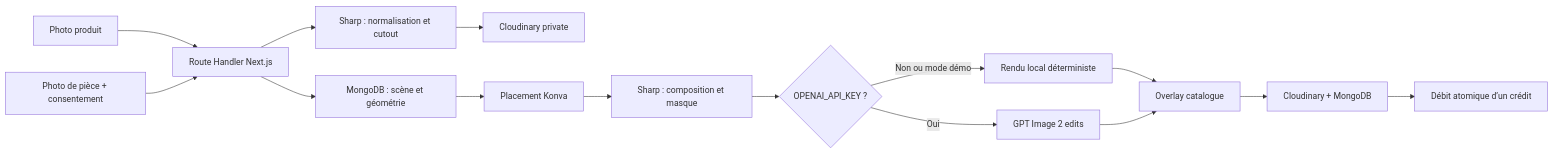
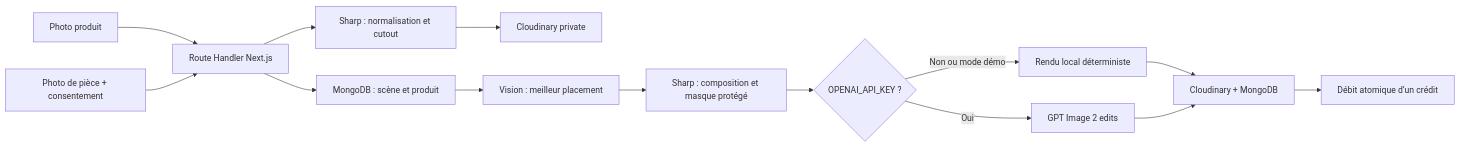
One commit to GameNotCreator/lilidecoai changed the diagram in docs/architecture.md. Above: the diagram before and after it, drawn with Mermaid. The commit also changed other lines of this file and 20 other files, not shown here.

````diff
--- a/docs/architecture.md
+++ b/docs/architecture.md
@@ -19,17 +20,16 @@
 ```mermaid
 flowchart LR
     A["Photo produit"] --> B["Route Handler Next.js"]
     B --> C["Sharp : normalisation et cutout"]
     C --> D["Cloudinary private"]
     E["Photo de pièce + consentement"] --> B
-    B --> F["MongoDB : scène et géométrie"]
-    F --> G["Placement Konva"]
-    G --> H["Sharp : composition et masque"]
+    B --> F["MongoDB : scène et produit"]
+    F --> G["Vision : meilleur placement"]
+    G --> H["Sharp : composition et masque protégé"]
     H --> I{"OPENAI_API_KEY ?"}
     I -->|Non ou mode démo| J["Rendu local déterministe"]
     I -->|Oui| K["GPT Image 2 edits"]
-    J --> L["Overlay catalogue"]
-    K --> L
-    L --> M["Cloudinary + MongoDB"]
+    J --> M["Cloudinary + MongoDB"]
+    K --> M
     M --> N["Débit atomique d’un crédit"]
 ```
````
